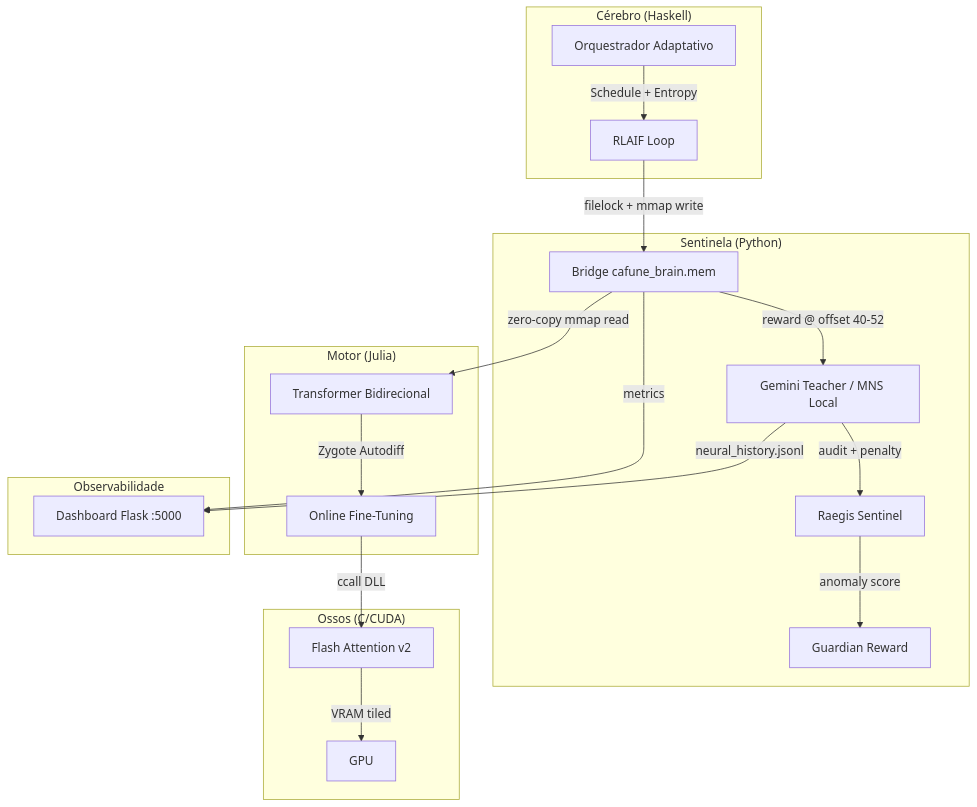
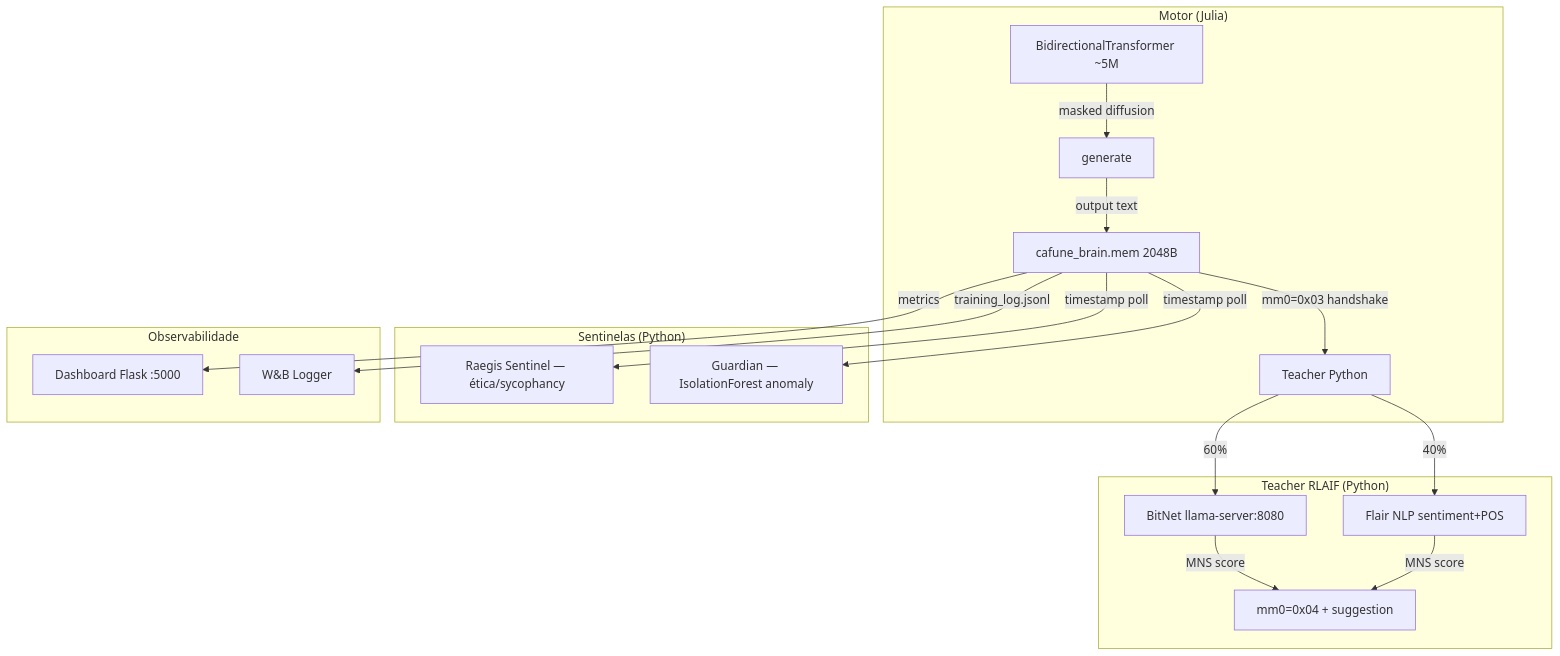
The diagram in README.md (Rukafuu/CAFUNE), drawn with Mermaid before and after one commit. The commit also changed other lines of this file and 1 other file, not shown here.

First line of the commit message:
docs(readme): atualiza README com arquitetura real — sem Gemini, pipeline local

````diff
--- a/README.md
+++ b/README.md
@@ -24,28 +23,24 @@
 ```mermaid
 graph TD
-    subgraph Cerebro_Haskell["Cérebro (Haskell)"]
-        A[Orquestrador Adaptativo] -->|Schedule + Entropy| B[RLAIF Loop]
+    subgraph Motor_Julia["Motor (Julia)"]
+        A[BidirectionalTransformer ~5M] -->|masked diffusion| B[generate]
+        B -->|output text| C[cafune_brain.mem 2048B]
+        C -->|mm0=0x03 handshake| D[Teacher Python]
     end
 
-    subgraph Sentinela_Python["Sentinela (Python)"]
-        B -->|filelock + mmap write| C[Bridge cafune_brain.mem]
-        C -->|reward @ offset 40-52| D[Gemini Teacher / MNS Local]
-        D -->|audit + penalty| E[Raegis Sentinel]
-        E -->|anomaly score| G2[Guardian Reward]
+    subgraph Teacher_Python["Teacher RLAIF (Python)"]
+        D -->|60%| E[BitNet llama-server:8080]
+        D -->|40%| F[Flair NLP sentiment+POS]
+        E & F -->|MNS score| G[mm0=0x04 + suggestion]
     end
 
-    subgraph Motor_Julia["Motor (Julia)"]
-        C -->|zero-copy mmap read| F[Transformer Bidirecional]
-        F -->|Zygote Autodiff| G[Online Fine-Tuning]
-    end
-
-    subgraph Ossos_CUDA["Ossos (C/CUDA)"]
-        G -->|ccall DLL| H[Flash Attention v2]
-        H -->|VRAM tiled| I[GPU]
+    subgraph Sentinelas["Sentinelas (Python)"]
+        C -->|timestamp poll| H[Raegis Sentinel — ética/sycophancy]
+        C -->|timestamp poll| I[Guardian — IsolationForest anomaly]
     end
 
     subgraph Observabilidade["Observabilidade"]
-        C -->|metrics| J["Dashboard Flask :5000"]
-        D -->|neural_history.jsonl| J
+        C -->|metrics| J[Dashboard Flask :5000]
+        C -->|training_log.jsonl| K[W&B Logger]
     end
 ```
````
